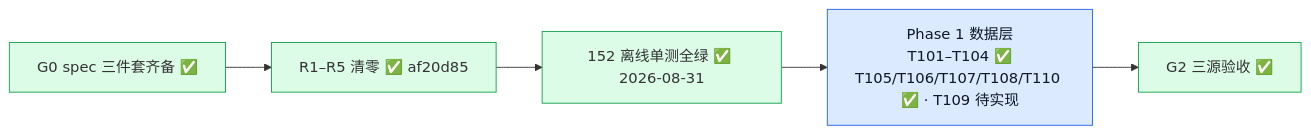
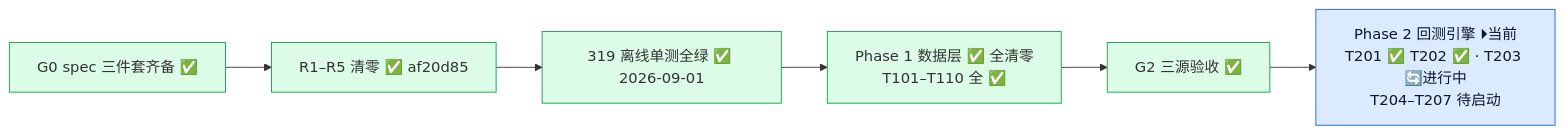
The second of 4 diagrams in docs/project_status_flowchart.md (YZml1507/FinAI2.0), drawn with Mermaid before and after one commit. The commit also changed other lines of this file and 3 other files, not shown here.

Commit message:
docs: T201/T202 状态标记 — CLAUDE.md §0/§5/§7 + spec 快照同步（research-finai fd67351）+ 流程图 md/html 同步（当前位 Phase 2 · T203 进行中）

````diff
--- a/docs/project_status_flowchart.md
+++ b/docs/project_status_flowchart.md
@@ -29,11 +29,13 @@
 ```mermaid
 flowchart LR
-  G0[G0 spec 三件套齐备 ✅] --> R15[R1–R5 清零 ✅ af20d85] --> UT[152 离线单测全绿 ✅ 2026-08-31]
-  UT --> P1[Phase 1 数据层<br/>T101–T104 ✅<br/>T105/T106/T107/T108/T110 ✅ · T109 待实现]
+  G0[G0 spec 三件套齐备 ✅] --> R15[R1–R5 清零 ✅ af20d85] --> UT[319 离线单测全绿 ✅ 2026-09-01]
+  UT --> P1[Phase 1 数据层 ✅ 全清零<br/>T101–T110 全 ✅]
   P1 --> G2[G2 三源验收 ✅]
+  G2 --> P2C[Phase 2 回测引擎 ⏵当前<br/>T201 ✅ T202 ✅ · T203 🔄进行中<br/>T204–T207 待启动]
   style G0 fill:#dcfce7,stroke:#16a34a
   style R15 fill:#dcfce7,stroke:#16a34a
   style UT fill:#dcfce7,stroke:#16a34a
-  style P1 fill:#dbeafe,stroke:#2563eb,color:#0f172a
+  style P1 fill:#dcfce7,stroke:#16a34a
   style G2 fill:#dcfce7,stroke:#16a34a
+  style P2C fill:#dbeafe,stroke:#2563eb,color:#0f172a
 ```
````
